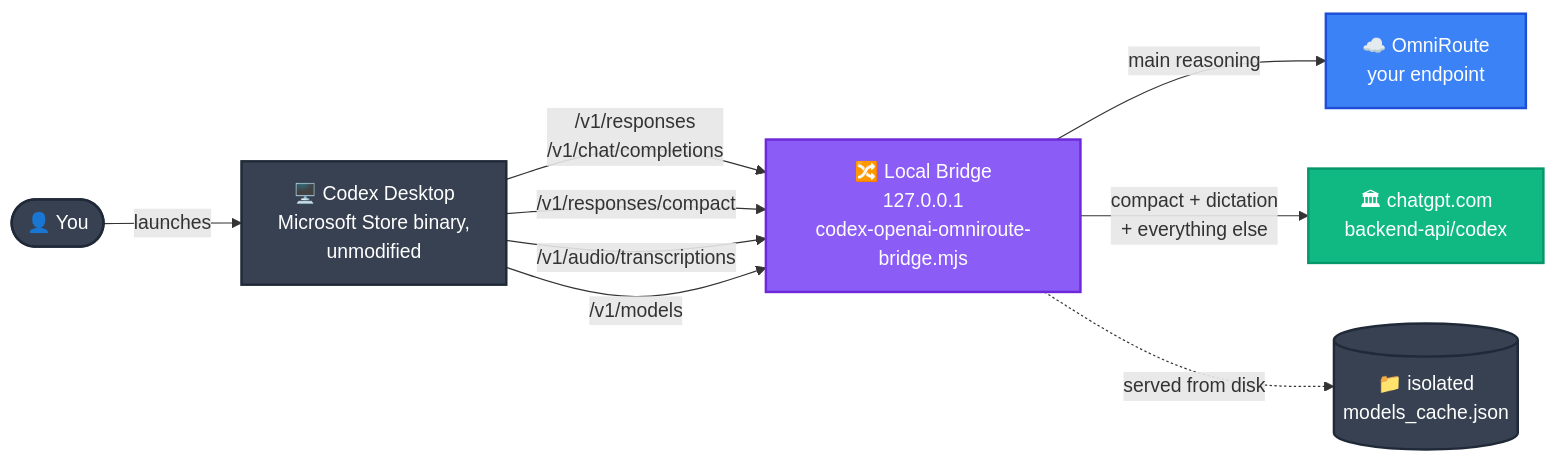
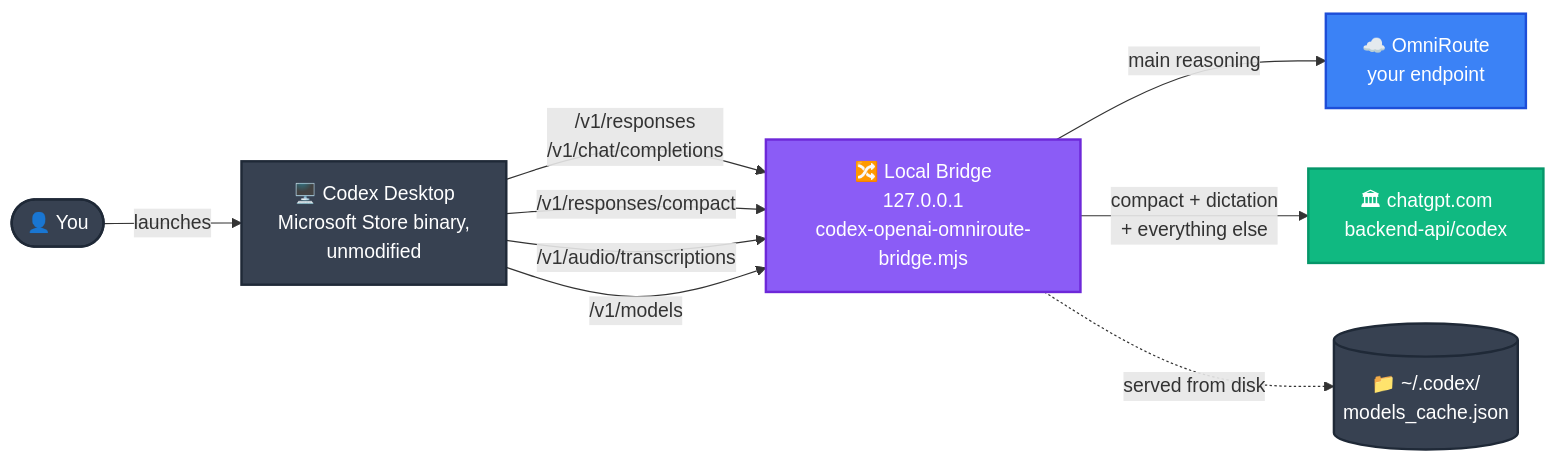
Before and after one commit to Destruction13/Codex-Omniroute: the diagram in README.md, drawn with Mermaid. The commit also changed other lines of this file and 13 other files, not shown here.

````diff
--- a/README.md
+++ b/README.md
@@ -223,29 +223,29 @@
 ```mermaid
 flowchart LR
     user([👤 You])
     codex[🖥️ Codex Desktop<br/>Microsoft Store binary,<br/>unmodified]
     bridge[🔀 Local Bridge<br/>127.0.0.1<br/>codex-openai-omniroute-bridge.mjs]
     omni[☁️ OmniRoute<br/>your endpoint]
     official[🏛 chatgpt.com<br/>backend-api/codex]
-    cache[(📁 isolated<br/>models_cache.json)]
+    cache[(📁 ~/.codex/<br/>models_cache.json)]
 
     user -->|launches| codex
     codex -->|/v1/responses<br/>/v1/chat/completions| bridge
     codex -->|/v1/responses/compact| bridge
     codex -->|/v1/audio/transcriptions| bridge
     codex -->|/v1/models| bridge
 
     bridge -->|main reasoning| omni
     bridge -->|compact + dictation<br/>+ everything else| official
     bridge -.->|served from disk| cache
 
     classDef purple fill:#8B5CF6,stroke:#6D28D9,color:#fff,stroke-width:2px
     classDef blue   fill:#3B82F6,stroke:#1D4ED8,color:#fff,stroke-width:2px
     classDef green  fill:#10B981,stroke:#059669,color:#fff,stroke-width:2px
     classDef gray   fill:#374151,stroke:#1F2937,color:#fff,stroke-width:2px
 
     class bridge purple
     class omni blue
     class official green
     class codex,user,cache gray
 ```
````
